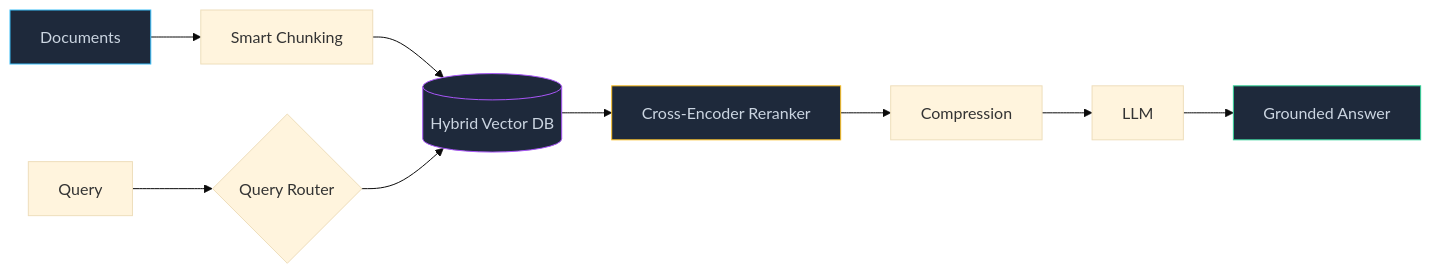
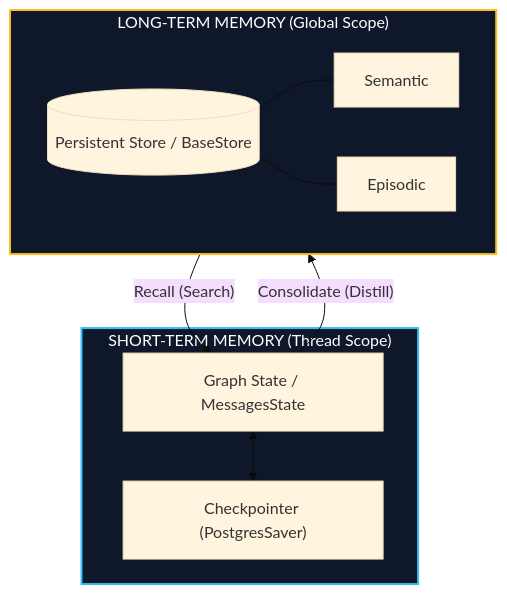
The second of 4 diagrams in slides/slides.md (nxc1802/Agentic_AI_Engineer), drawn with Mermaid (base theme) before and after one commit. The commit also changed other lines of this file and 26 other files, not shown here.

Commit message:
fix: resolve Slide 18 Mermaid diagram not rendering (remove emoji, switch to graph LR); update PDF

````diff
--- a/slides/slides.md
+++ b/slides/slides.md
@@ -240,11 +530,15 @@
-```mermaid {scale: 0.7}
-flowchart LR
-    DOC["Documents"] --> CHUNK["Smart Chunking"] --> DB[("Hybrid Vector DB")]
-    Q["Query"] --> ROUTER{"Query Router"} --> DB
-    DB --> RERANK["Cross-Encoder Reranker"] --> COMP["Compression"] --> LLM["LLM"] --> ANS["Grounded Answer"]
-    
-    style DOC fill:#1e293b,stroke:#38bdf8,color:#cbd5e1
-    style DB fill:#1e293b,stroke:#a855f7,color:#cbd5e1
-    style RERANK fill:#1e293b,stroke:#fbbf24,color:#cbd5e1
-    style ANS fill:#1e293b,stroke:#34d399,color:#cbd5e1
+```mermaid {scale: 0.58}
+flowchart TD
+    subgraph LTM ["LONG-TERM MEMORY (Global Scope)"]
+        STORE[("Persistent Store / BaseStore")]
+        STORE --- SEM["Semantic"] & EPI["Episodic"]
+    end
+    LTM -->|"Recall (Search)"| GS
+    GS -->|"Consolidate (Distill)"| LTM
+    subgraph STM ["SHORT-TERM MEMORY (Thread Scope)"]
+        GS["Graph State / MessagesState"]
+        GS <--> CP["Checkpointer (PostgresSaver)"]
+    end
+    style STM fill:#0f172a,stroke:#38bdf8,stroke-width:2px,color:#fff
+    style LTM fill:#0f172a,stroke:#fbbf24,stroke-width:2px,color:#fff
 ```
````
